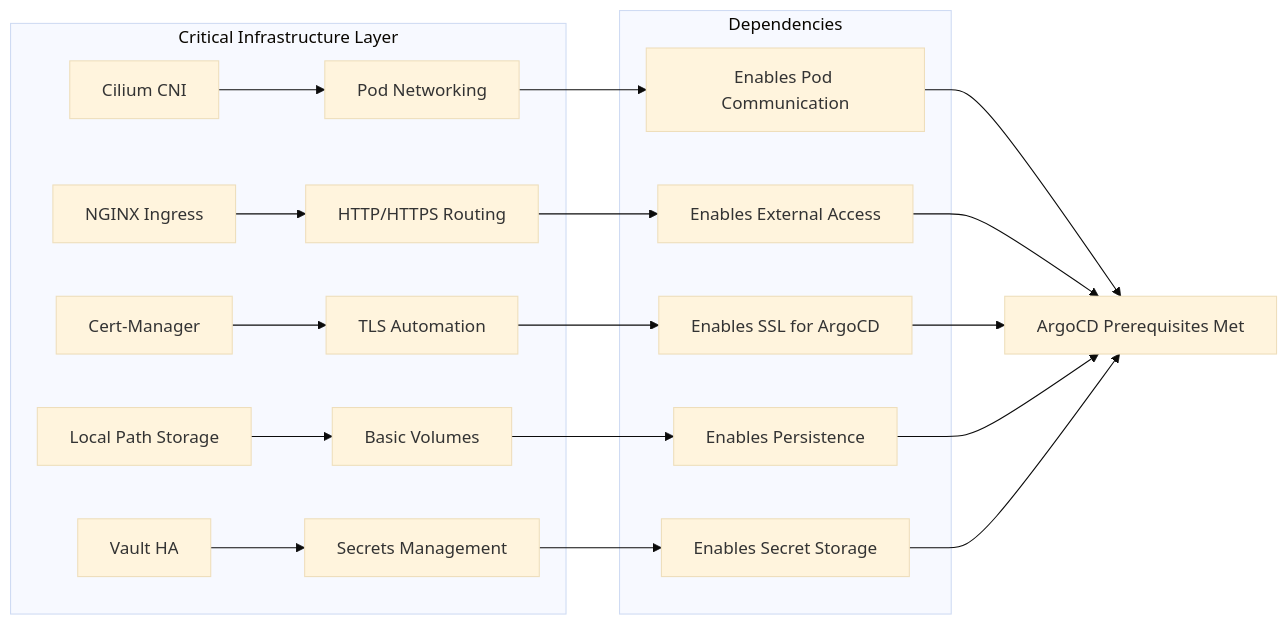
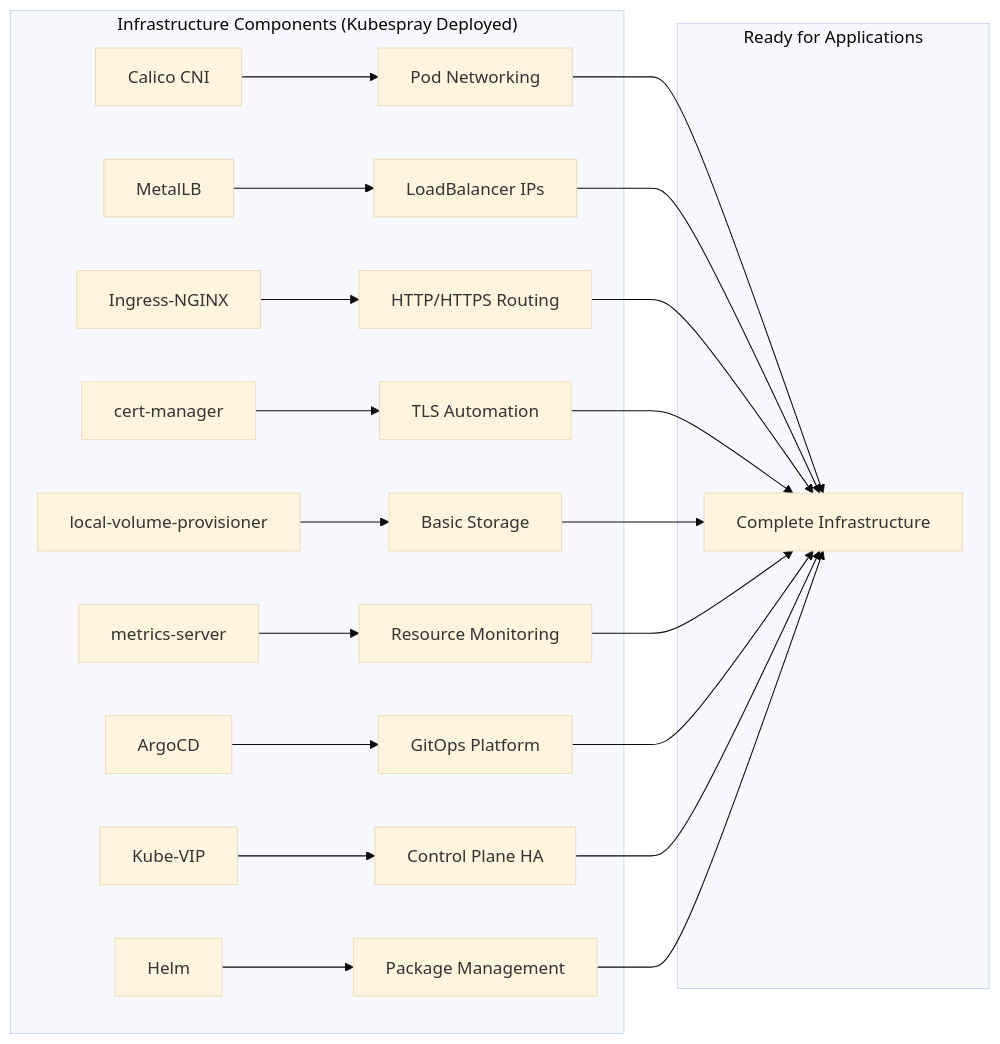
One commit to pnow-devsupreme/pn-infra changed the second of 4 diagrams in v0.2.0/README.md. Above: the diagram before and after it, drawn with Mermaid (base theme). The commit also changed other lines of this file and 2 other files, not shown here.

Commit message:
docs(root): update documentation to better describe the current architecture details

````diff
--- a/v0.2.0/README.md
+++ b/v0.2.0/README.md
@@ -61,24 +47,26 @@
 ```mermaid
 graph LR
-    subgraph "Critical Infrastructure Layer"
-        A[Cilium CNI] --> B[Pod Networking]
-        C[NGINX Ingress] --> D[HTTP/HTTPS Routing]
-        E[Cert-Manager] --> F[TLS Automation]
-        G[Local Path Storage] --> H[Basic Volumes]
-        I[Vault HA] --> J[Secrets Management]
+    subgraph "Infrastructure Components (Kubespray Deployed)"
+        A[Calico CNI] --> B[Pod Networking]
+        C[MetalLB] --> D[LoadBalancer IPs]
+        E[Ingress-NGINX] --> F[HTTP/HTTPS Routing]
+        G[cert-manager] --> H[TLS Automation]
+        I[local-volume-provisioner] --> J[Basic Storage]
+        K[metrics-server] --> L[Resource Monitoring]
+        M[ArgoCD] --> N[GitOps Platform]
+        O[Kube-VIP] --> P[Control Plane HA]
+        Q[Helm] --> R[Package Management]
     end
     
-    subgraph "Dependencies"
-        B --> K[Enables Pod Communication]
-        D --> L[Enables External Access]
-        F --> M[Enables SSL for ArgoCD]
-        H --> N[Enables Persistence]
-        J --> O[Enables Secret Storage]
+    subgraph "Ready for Applications"
+        B --> S[Complete Infrastructure]
+        D --> S
+        F --> S
+        H --> S
+        J --> S
+        L --> S
+        N --> S
+        P --> S
+        R --> S
     end
-    
-    K --> P[ArgoCD Prerequisites Met]
-    L --> P
-    M --> P
-    N --> P
-    O --> P
 ```
````
